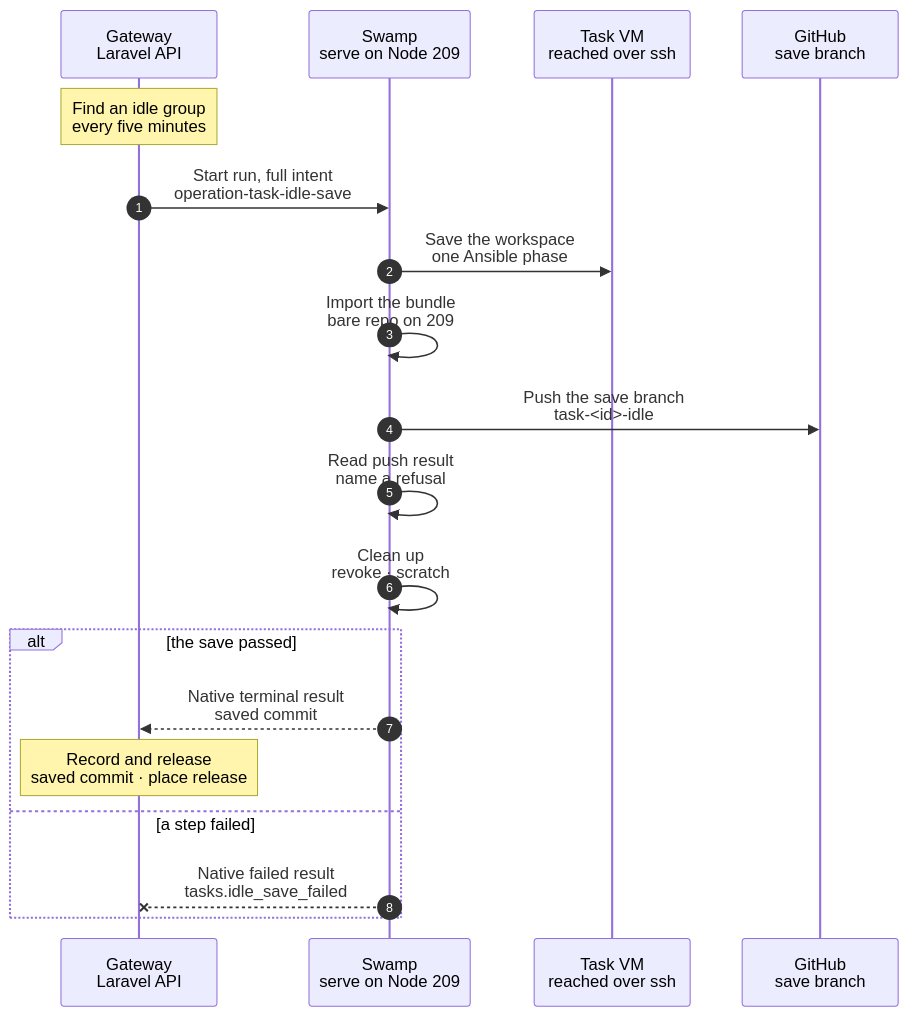
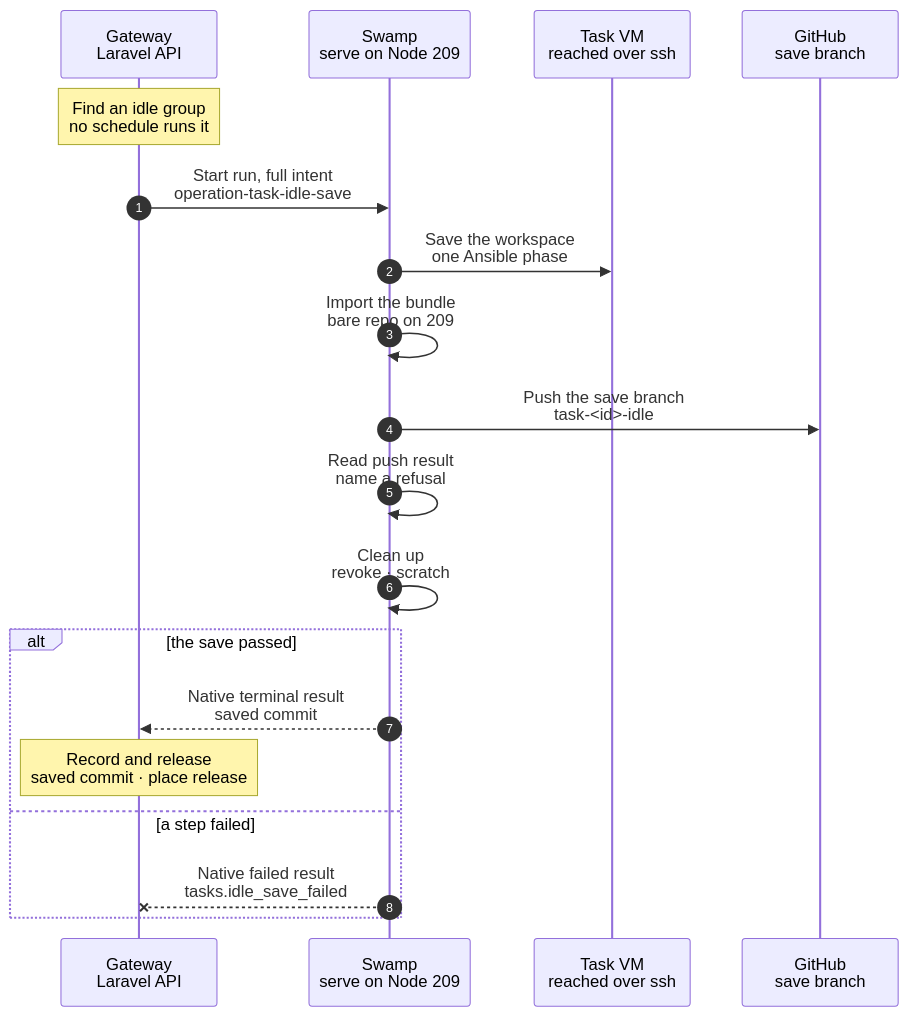
One commit to hardimpactdev/orbit changed the diagram in docs/cli/task/idle-save.mmd. Above: the diagram before and after it, drawn with Mermaid. The commit also changed 14 other files, not shown here.

```diff
--- a/docs/cli/task/idle-save.mmd
+++ b/docs/cli/task/idle-save.mmd
@@ -1,60 +1,60 @@
 sequenceDiagram
   %% Target design (Nick 2026-11-09, PR #3288): an idle release never loses work. Before the VM of an idle group goes, its workspace is saved to origin, and the next claim continues from that save.
   %% status: draft
   %% command: none · the idle release of a task VM
   %% kind: tasks.idle_save
   autonumber
   %% lane GW icon=gateway pill=intent tone=blue
   %% lane SW icon=workflow pill=executes tone=green
   %% lane VM icon=terminal pill=target tone=amber
   %% lane GH icon=server pill=target tone=purple
   participant GW as Gateway<br/>Laravel API
   participant SW as Swamp<br/>serve on Node 209
   participant VM as Task VM<br/>reached over ssh
   participant GH as GitHub<br/>save branch
-  Note over GW: Find an idle group<br/>every five minutes
+  Note over GW: Find an idle group<br/>no schedule runs it
   %%> Who calls it:
   %%> - the idle release of a task VM; since task VMs are removed (docs/reference/tasks.md#task-runtime) no schedule runs it, and there is no command, route or MCP tool
   %%> Requirements:
   %%> - an open group whose task-pool VM is `ready`, with no open Operation on the group or on the VM, and no Operation other than an earlier idle save for 30 minutes
   %%> - fewer than three failed idle saves in a row since the group's last other Operation
   %%> - origin has the task branch `task-<id>`, and it reaches the group's latest approved commit
   %%> - a `parked` VM gets its resume admitted instead; the next pass saves it once it runs
   %%> What it does:
   %%> - locks the group and the VM, asks again, and admits one `tasks.idle_save` run that holds the group
   %%> - names two `task-publish-token-<uuid>` vault keys for the token and the Git authorization header; it mints no value at admission
   GW->>SW: Start run, full intent<br/>operation-task-idle-save
   SW->>VM: Save the workspace<br/>one Ansible phase
   %%> What it does:
   %%> - `swamp/ansible/task-vm-idle-save.yml`, run from Node 209 over the VM's pinned host key: reads `git status --porcelain`; only when it lists changes, `git add --all` and one commit `Save the idle workspace` by Orbit, without hooks; checks the workspace is clean; bundles HEAD and fetches the bundle into the run folder
   %%> - a clean workspace keeps its HEAD; no empty commit is made
   %%> - any failed task fails the phase, so nothing is pushed
   %%> - files that `.gitignore` excludes, stashes, other branches and the Pi session are not saved
   SW->>SW: Import the bundle<br/>bare repo on 209
   %%> What it does:
   %%> - imports the bundle into a bare repository in the run folder and reads the saved commit
   SW->>GH: Push the save branch<br/>task-<id>-idle
   %%> What it does:
   %%> - mints a push token with `contents: write` only through `task-github-mint` (purpose `publish`) when the step runs; no credential reaches the VM
   %%> - pushes the saved commit to `refs/heads/task-<id>-idle` with force: the branch belongs to this group and holds only its latest save
   %%> - GitHub runs the push workflows a pushed commit defines; without `workflows: write` it refuses a save that adds or changes one, which `Read push result` names `tasks.workflows_permission`
   %%> - the workflows on `main` push only for `main` and `task-*-handoff`, and the rulesets cover only `main`
   SW->>SW: Read push result<br/>name a refusal
   SW->>SW: Clean up<br/>revoke · scratch
   alt the save passed
     SW-->>GW: Native terminal result<br/>saved commit
     Note over GW: Record and release<br/>saved commit · place release
     %%> What it does:
     %%> - records the saved commit on the group, which keeps its status
     %%> - admits the release of the VM (`docs/cli/task/vm-release.mmd`) when the VM is still the group's and no Operation, such as a resume, is open on it
     %%> Later:
     %%> - a turn or a prep fix claims a fresh place at the saved commit when that holds the task branch head; a review round or a build refuses with `tasks.idle_save_pending` while the save holds work beyond its head
     %%> - a task branch that holds the save restores the branch; one that moved away refuses with `tasks.idle_save_diverged`, so the next save cannot overwrite it; an unreadable comparison refuses with `tasks.idle_save_unreadable`; a deleted save branch is no save once the task branch holds its commit, and otherwise refuses with `tasks.idle_save_missing`, whose message names the commit to push back
   else a step failed
     SW--xGW: Native failed result<br/>tasks.idle_save_failed
     %%> Result:
     %%> - the VM stays and holds its place; nothing is released
     %%> - the failed save is no activity of the group, so the next pass saves again
     %%> - after three saves in a row that fail, are cancelled or are interrupted the idle release stops for the group, which asks for `failure` assistance; a `tasks.workflows_permission` refusal stops it at once; the driver's next Operation starts the count again
     %%> - a run that reports success without a saved commit is a failed save
   end
```
